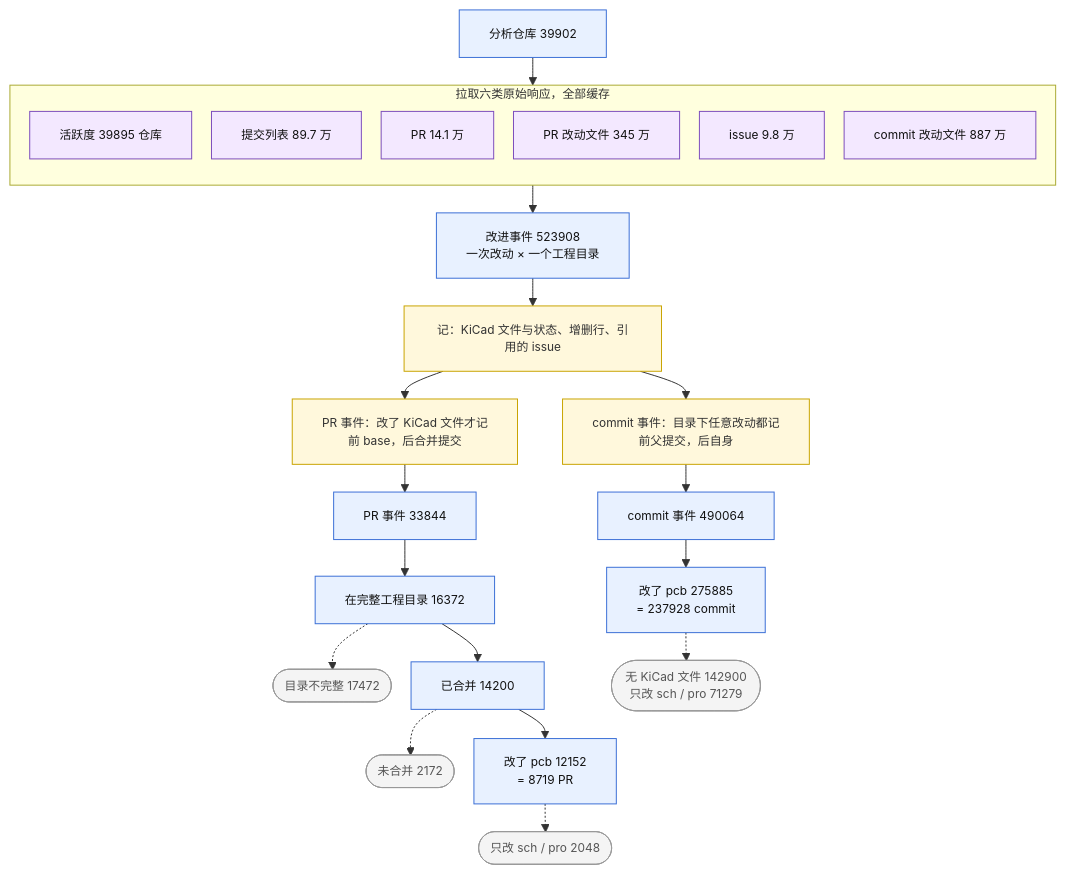
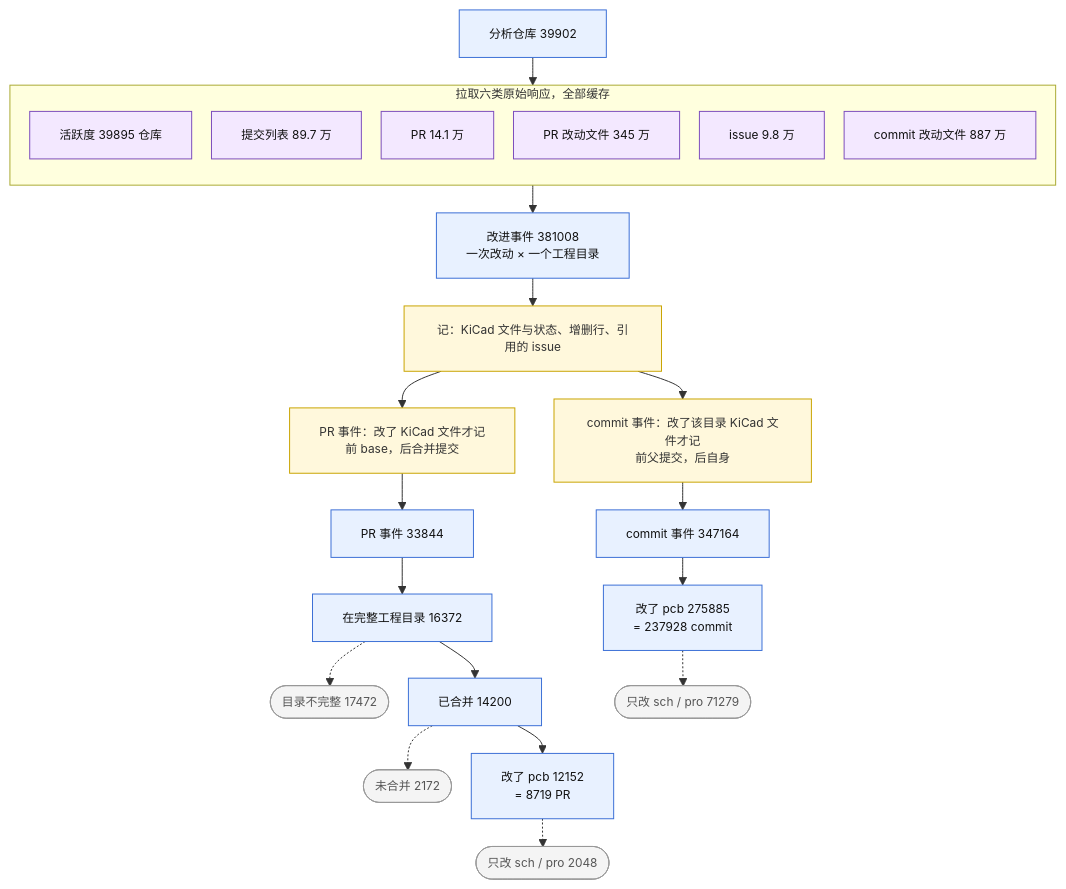
The third of 5 diagrams in reports/progress_report.md (Xiafyjck/github_kicad_project_scout), drawn with Mermaid before and after one commit. The commit also changed other lines of this file and 6 other files, not shown here.

First line of the commit message:
Commit events require a KiCad file change; template bodies judged by remaining text; ten example events

````diff
--- a/reports/progress_report.md
+++ b/reports/progress_report.md
@@ -173,36 +173,36 @@
 ```mermaid
 %%{init: {'themeVariables': {'fontSize': '12px'}, 'flowchart': {'nodeSpacing': 20, 'rankSpacing': 28}}}%%
 flowchart TB
     classDef exit fill:#f4f4f4,stroke:#999,color:#555
     classDef keep fill:#e8f1ff,stroke:#3b6fd6,color:#111
     classDef src fill:#f3e8ff,stroke:#7c4dbd,color:#111
     classDef rule fill:#fff8dc,stroke:#c9a400,color:#333
     classDef final fill:#e6f7e6,stroke:#2e8b57,color:#111
 
     Q[分析仓库 39902]:::keep
     subgraph H[拉取六类原始响应，全部缓存]
         direction TB
         H0[活跃度 39895 仓库]:::src
         H1[提交列表 89.7 万]:::src
         H2[PR 14.1 万]:::src
         H3[PR 改动文件 345 万]:::src
         H4[issue 9.8 万]:::src
         H5[commit 改动文件 887 万]:::src
     end
     Q --> H
-    H --> E[改进事件 523908<br/>一次改动 × 一个工程目录]:::keep
+    H --> E[改进事件 381008<br/>一次改动 × 一个工程目录]:::keep
     E --> D[记：KiCad 文件与状态、增删行、引用的 issue]:::rule
     D --> PR[PR 事件：改了 KiCad 文件才记<br/>前 base，后合并提交]:::rule
-    D --> CM[commit 事件：目录下任意改动都记<br/>前父提交，后自身]:::rule
+    D --> CM[commit 事件：改了该目录 KiCad 文件才记<br/>前父提交，后自身]:::rule
     PR --> P[PR 事件 33844]:::keep
-    CM --> M[commit 事件 490064]:::keep
+    CM --> M[commit 事件 347164]:::keep
 
     P --> P1[在完整工程目录 16372]:::keep
     P1 -.-> PX1([目录不完整 17472]):::exit
     P1 --> P2[已合并 14200]:::keep
     P2 -.-> PX2([未合并 2172]):::exit
     P2 --> P3[改了 pcb 12152<br/>= 8719 PR]:::keep
     P3 -.-> PX3([只改 sch / pro 2048]):::exit
     M --> M3[改了 pcb 275885<br/>= 237928 commit]:::keep
-    M3 -.-> MX3([无 KiCad 文件 142900<br/>只改 sch / pro 71279]):::exit
+    M3 -.-> MX3([只改 sch / pro 71279]):::exit
 ```
````
